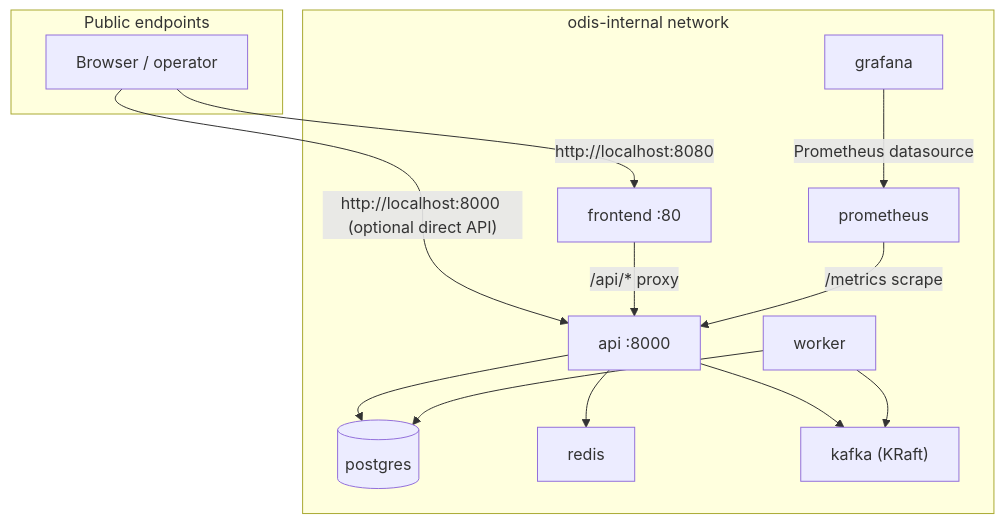
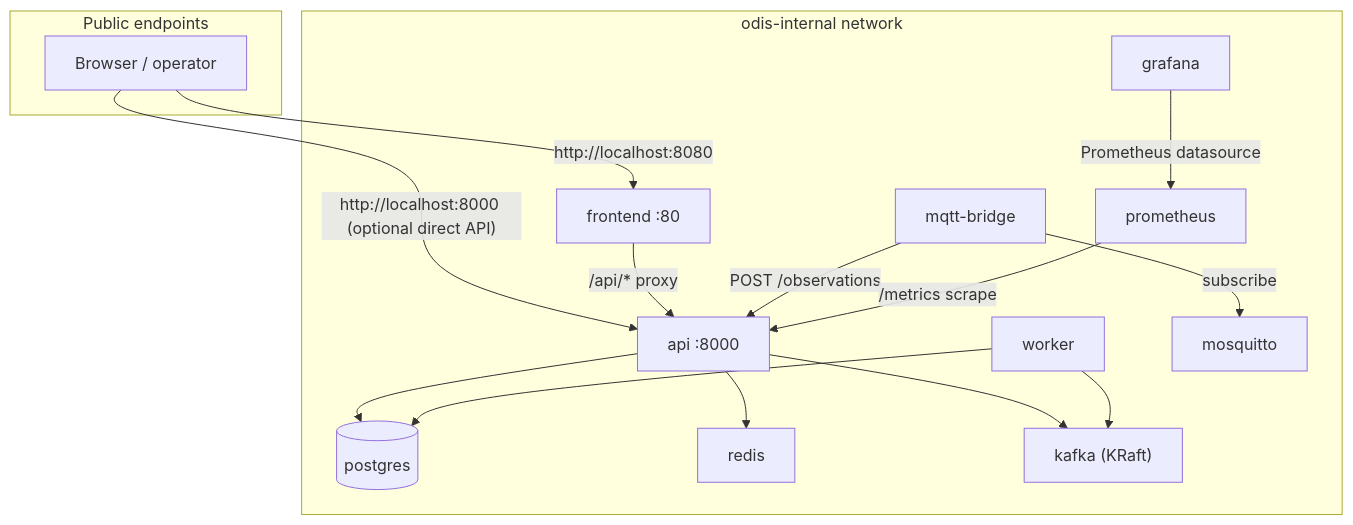
Before and after one commit to Saim-naushad/Odis: the diagram in docs/platform/docker-runtime.md, drawn with Mermaid. The commit also changed other lines of this file and 11 other files, not shown here.

Commit message:
docs: align architecture and platform documentation with v1.0 implementation

````diff
--- a/docs/platform/docker-runtime.md
+++ b/docs/platform/docker-runtime.md
@@ -29,28 +33,32 @@
 ```mermaid
 flowchart TB
     subgraph public["Public endpoints"]
         Browser["Browser / operator"]
     end
 
     subgraph odis_internal["odis-internal network"]
         FE["frontend :80"]
         API["api :8000"]
         WRK["worker"]
         PG[("postgres")]
         RD["redis"]
         KF["kafka (KRaft)"]
+        MQ["mosquitto"]
+        BRIDGE["mqtt-bridge"]
         PR["prometheus"]
         GF["grafana"]
     end
 
     Browser -->|"http://localhost:8080"| FE
     Browser -->|"http://localhost:8000 (optional direct API)"| API
     FE -->|"/api/* proxy"| API
     API --> PG
     API --> RD
     API --> KF
     WRK --> PG
     WRK --> KF
+    BRIDGE -->|"subscribe"| MQ
+    BRIDGE -->|"POST /observations"| API
     PR -->|"/metrics scrape"| API
     GF -->|"Prometheus datasource"| PR
 ```
````
